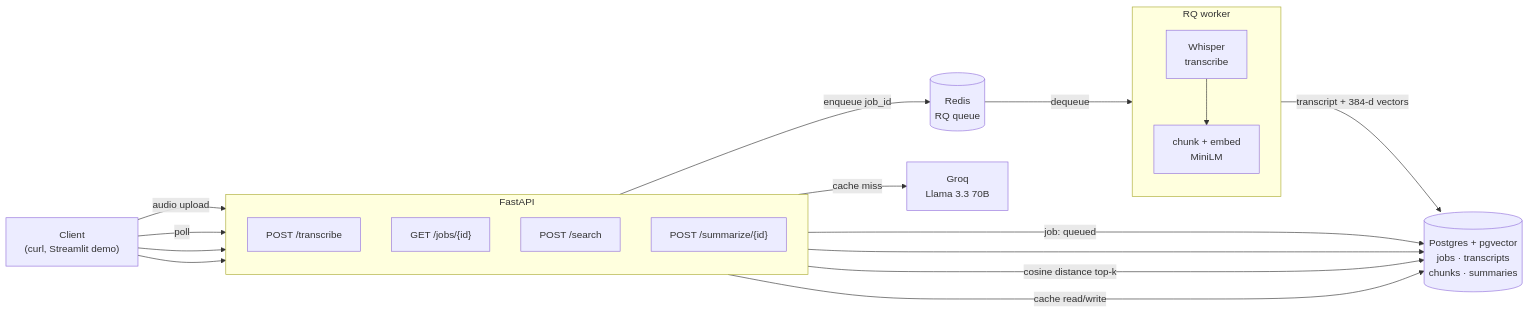
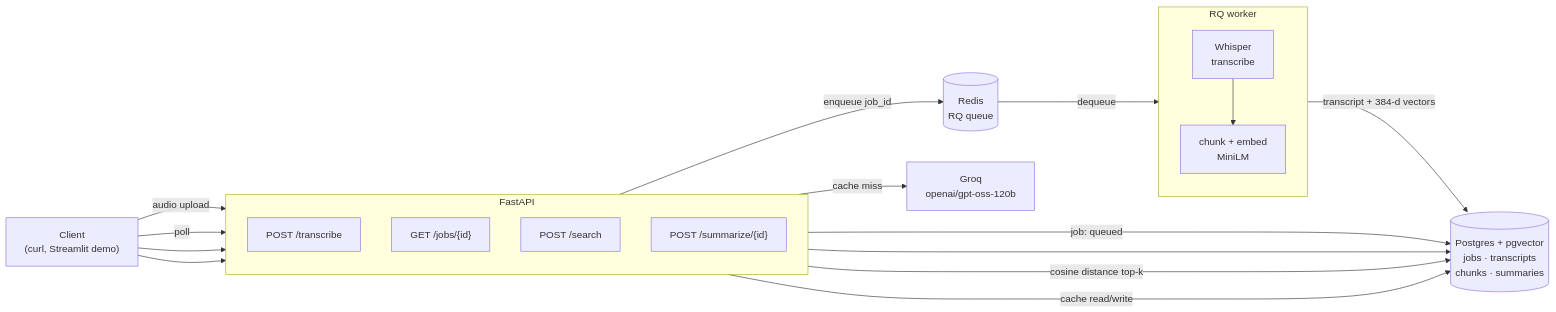
Before and after one commit to AndreaAresu/asr-pipeline: the diagram in README.md, drawn with Mermaid. The commit also changed other lines of this file and 1 other file, not shown here.

First line of the commit message:
docs: stop claiming a model Groq retired and a demo that is not live

````diff
--- a/README.md
+++ b/README.md
@@ -42,37 +45,37 @@
 ```mermaid
 flowchart LR
     Client["Client<br/>(curl, Streamlit demo)"]
 
     subgraph API["FastAPI"]
         direction TB
         T["POST /transcribe"]
         J["GET /jobs/{id}"]
         S["POST /search"]
         Z["POST /summarize/{id}"]
     end
 
     Redis[("Redis<br/>RQ queue")]
 
     subgraph Worker["RQ worker"]
         direction TB
         W1["Whisper<br/>transcribe"]
         W2["chunk + embed<br/>MiniLM"]
     end
 
     PG[("Postgres + pgvector<br/>jobs · transcripts<br/>chunks · summaries")]
-    Groq["Groq<br/>Llama 3.3 70B"]
+    Groq["Groq<br/>openai/gpt-oss-120b"]
 
     Client -->|"audio upload"| T
     T -->|"enqueue job_id"| Redis
     T -->|"job: queued"| PG
     Redis -->|"dequeue"| W1
     W1 --> W2
     W2 -->|"transcript + 384-d vectors"| PG
     Client -->|"poll"| J
     J --> PG
     Client --> S
     S -->|"cosine distance top-k"| PG
     Client --> Z
     Z -->|"cache miss"| Groq
     Z -->|"cache read/write"| PG
 ```
````
